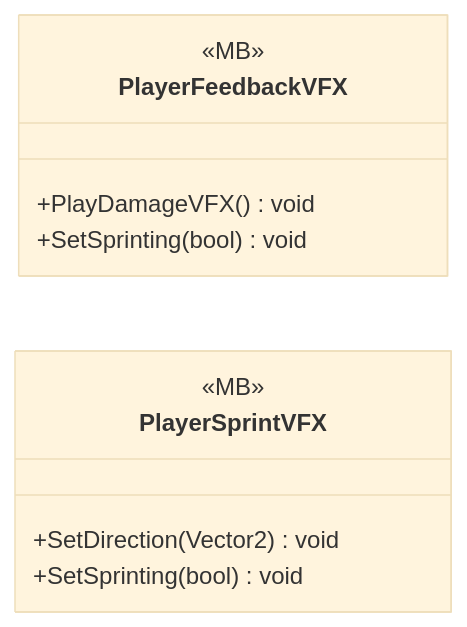
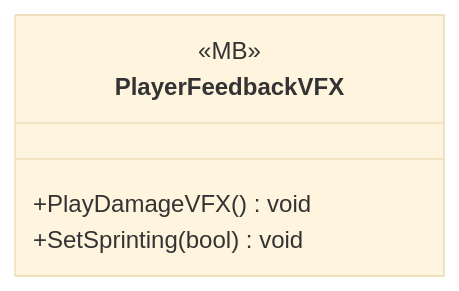
Before and after one commit to PhumipatWave/project-ocean: the diagram in docs/uml/modules/UI_VFX.md, drawn with Mermaid (base theme). The commit also changed other lines of this file and 191 other files, not shown here.

````diff
--- a/docs/uml/modules/UI_VFX.md
+++ b/docs/uml/modules/UI_VFX.md
@@ -7,14 +7,9 @@
 ```mermaid
 classDiagram
   direction LR
   class PlayerFeedbackVFX {
     <<MB>>
     +PlayDamageVFX() void
     +SetSprinting(bool) void
   }
-  class PlayerSprintVFX {
-    <<MB>>
-    +SetDirection(Vector2) void
-    +SetSprinting(bool) void
-  }
 ```
````
